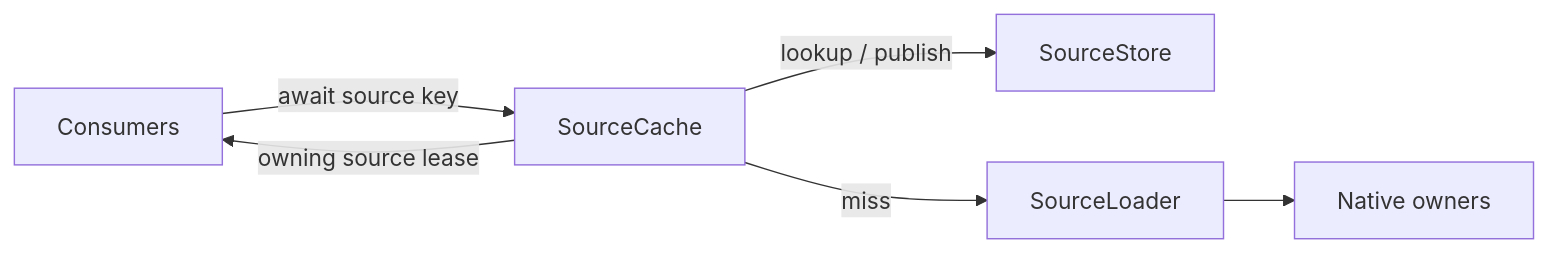
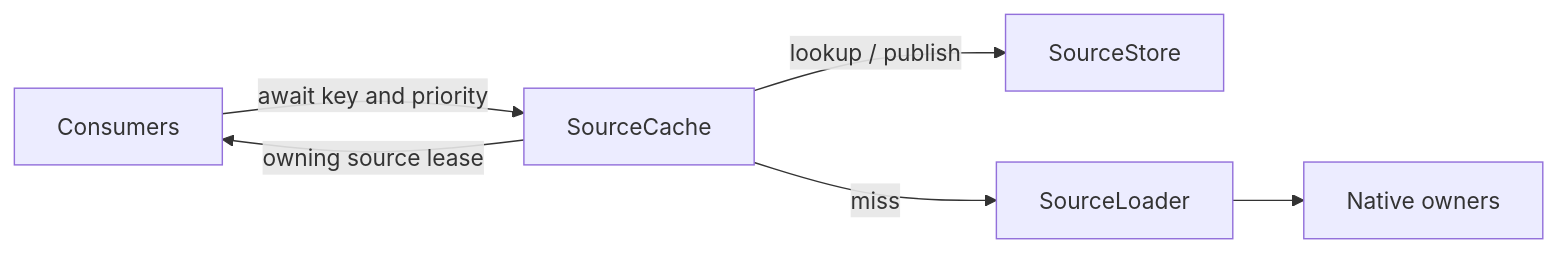
The diagram in docs/architecture.md (emil-e/antitone), drawn with Mermaid before and after one commit. The commit also changed other lines of this file and 63 other files, not shown here.

````diff
--- a/docs/architecture.md
+++ b/docs/architecture.md
@@ -54,8 +55,8 @@
 ```mermaid
 flowchart LR
-    Consumer[Consumers] -->|await source key| Cache[SourceCache]
+    Consumer[Consumers] -->|await key and priority| Cache[SourceCache]
     Cache -->|lookup / publish| Store[SourceStore]
     Cache -->|miss| Loader[SourceLoader]
     Loader --> Native[Native owners]
     Cache -->|owning source lease| Consumer
 ```
````
